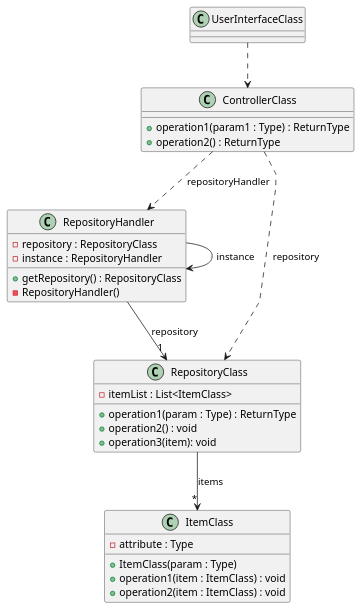
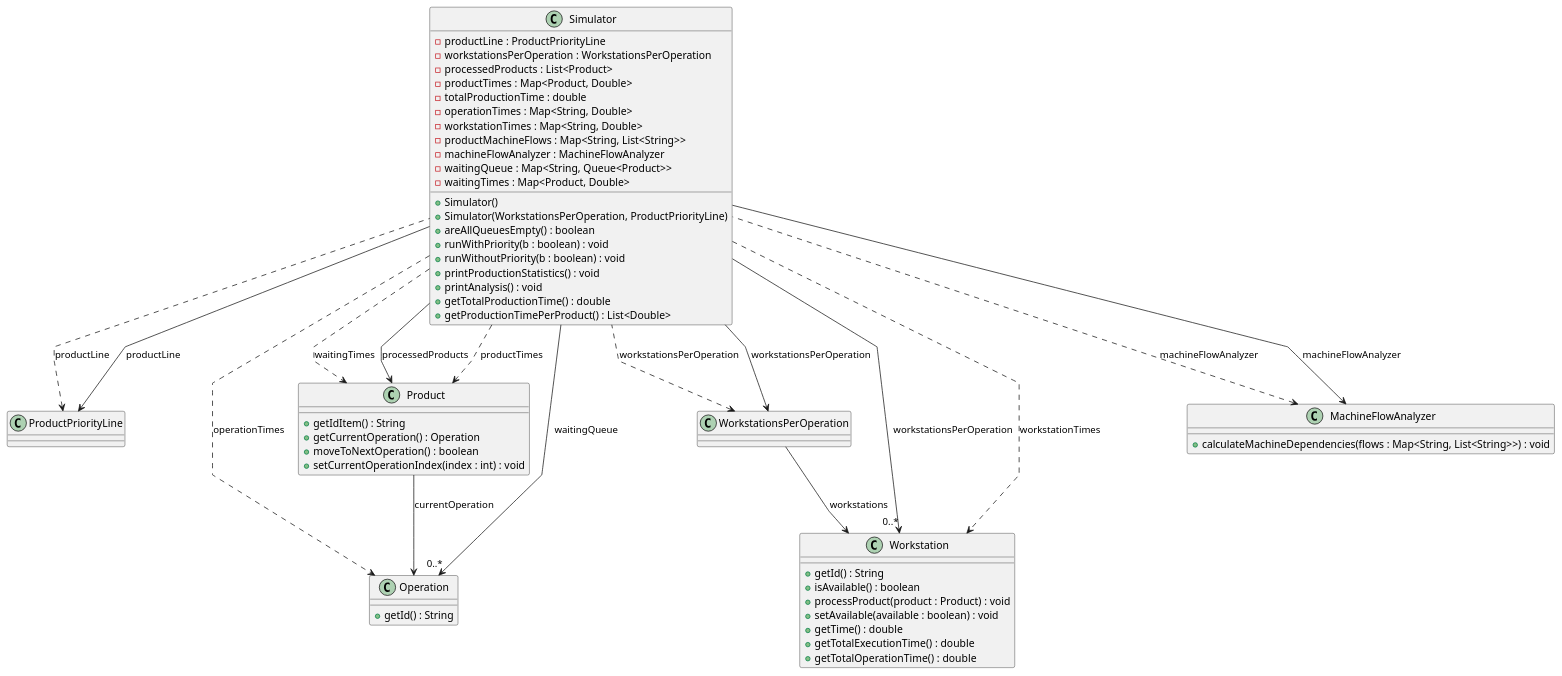
Before and after one commit to ricardomm7/buildflow: the diagram in others/documentation/usEI02/design/puml/class-diagram.puml, drawn with PlantUML. The commit also changed 9 other files, not shown here.

```diff
--- a/others/documentation/usEI02/design/puml/class-diagram.puml
+++ b/others/documentation/usEI02/design/puml/class-diagram.puml
@@ -1,44 +1,82 @@
 @startuml
 skinparam packageStyle rectangle
 skinparam shadowing false
 skinparam linetype polyline
 
-'left to right direction
+    class Simulator {
+        - productLine : ProductPriorityLine
+        - workstationsPerOperation : WorkstationsPerOperation
+        - processedProducts : List<Product>
+        - productTimes : Map<Product, Double>
+        - totalProductionTime : double
+        - operationTimes : Map<String, Double>
+        - workstationTimes : Map<String, Double>
+        - productMachineFlows : Map<String, List<String>>
+        - machineFlowAnalyzer : MachineFlowAnalyzer
+        - waitingQueue : Map<String, Queue<Product>>
+        - waitingTimes : Map<Product, Double>
 
-class UserInterfaceClass {
+        + Simulator()
+        + Simulator(WorkstationsPerOperation, ProductPriorityLine)
+        + areAllQueuesEmpty() : boolean
+        + runWithPriority(b : boolean) : void
+        + runWithoutPriority(b : boolean) : void
+        + printProductionStatistics() : void
+        + printAnalysis() : void
+        + getTotalProductionTime() : double
+        + getProductionTimePerProduct() : List<Double>
+    }
+
+
+    class ProductPriorityLine {
+    }
+
+    class WorkstationsPerOperation {
+    }
+
+
+    class Product {
+        + getIdItem() : String
+        + getCurrentOperation() : Operation
+        + moveToNextOperation() : boolean
+        + setCurrentOperationIndex(index : int) : void
+    }
+
+    class Operation {
+        + getId() : String
+    }
+
+    class Workstation {
+        + getId() : String
+        + isAvailable() : boolean
+        + processProduct(product : Product) : void
+        + setAvailable(available : boolean) : void
+        + getTime() : double
+        + getTotalExecutionTime() : double
+        + getTotalOperationTime() : double
+    }
+
+
+class MachineFlowAnalyzer {
+    + calculateMachineDependencies(flows : Map<String, List<String>>) : void
 }
 
-class ControllerClass {
-    +operation1(param1 : Type) : ReturnType
-    +operation2() : ReturnType
-}
+Simulator --> ProductPriorityLine : productLine
+Simulator --> WorkstationsPerOperation : workstationsPerOperation
+Simulator --> MachineFlowAnalyzer : machineFlowAnalyzer
+Simulator --> Product : processedProducts
+Simulator --> "0..*" Workstation : workstationsPerOperation
+Simulator --> "0..*" Operation : waitingQueue
 
-class RepositoryHandler {
-    +getRepository() : RepositoryClass
-    -repository : RepositoryClass
-            - instance : RepositoryHandler
-            - RepositoryHandler()
-}
+ProductPriorityLine <.. Simulator : productLine
+WorkstationsPerOperation <.. Simulator : workstationsPerOperation
+MachineFlowAnalyzer <.. Simulator : machineFlowAnalyzer
 
-class RepositoryClass {
-    - itemList : List<ItemClass>
-    +operation1(param : Type) : ReturnType
-    +operation2() : void
-    +operation3(item): void
-}
+Simulator ..> Product : productTimes
+Simulator ..> Operation : operationTimes
+Simulator ..> Workstation : workstationTimes
+Simulator ..> Product : waitingTimes
 
-class ItemClass {
-    - attribute : Type
-    + ItemClass(param : Type)
-    +operation1(item : ItemClass) : void
-    +operation2(item : ItemClass) : void
-}
-
-UserInterfaceClass ..> ControllerClass
-RepositoryHandler --> "1" RepositoryClass : repository
-RepositoryHandler --> RepositoryHandler : instance
-RepositoryClass --> "*" ItemClass : items
-ControllerClass ..> RepositoryHandler : repositoryHandler
-ControllerClass ..> RepositoryClass : repository
-
+Product --> Operation : currentOperation
+WorkstationsPerOperation --> Workstation : workstations
 @enduml
```
